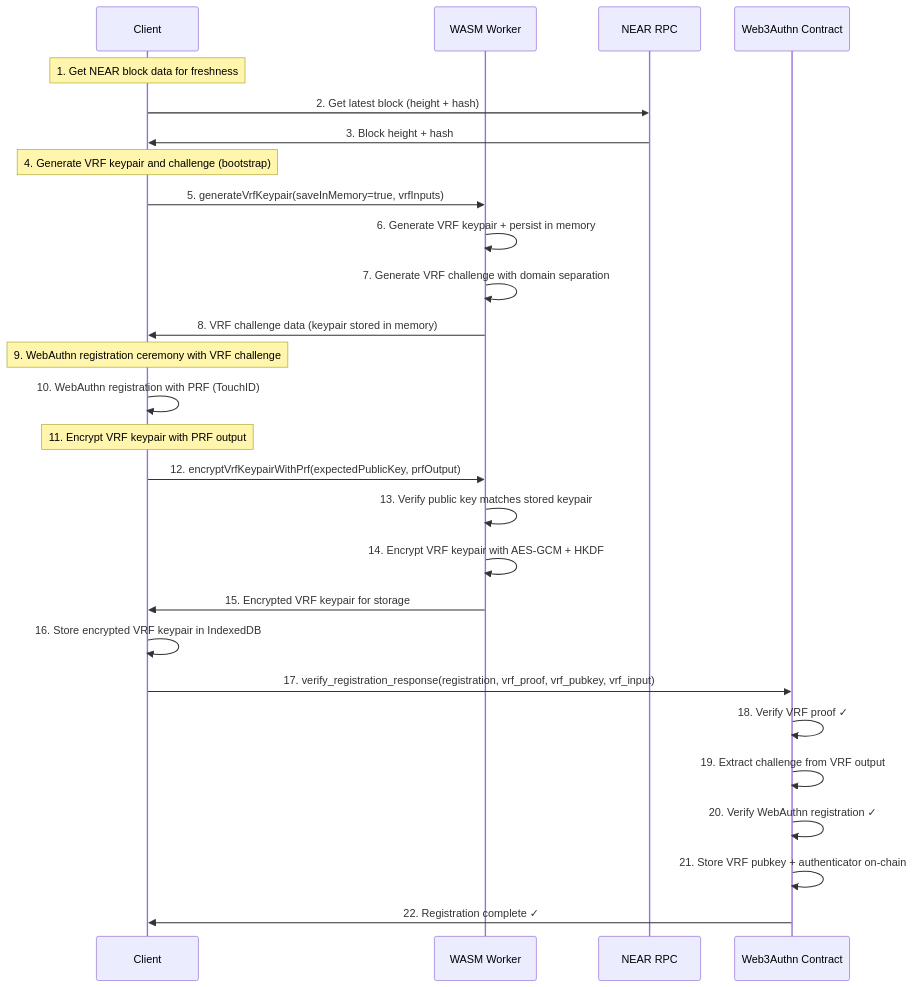
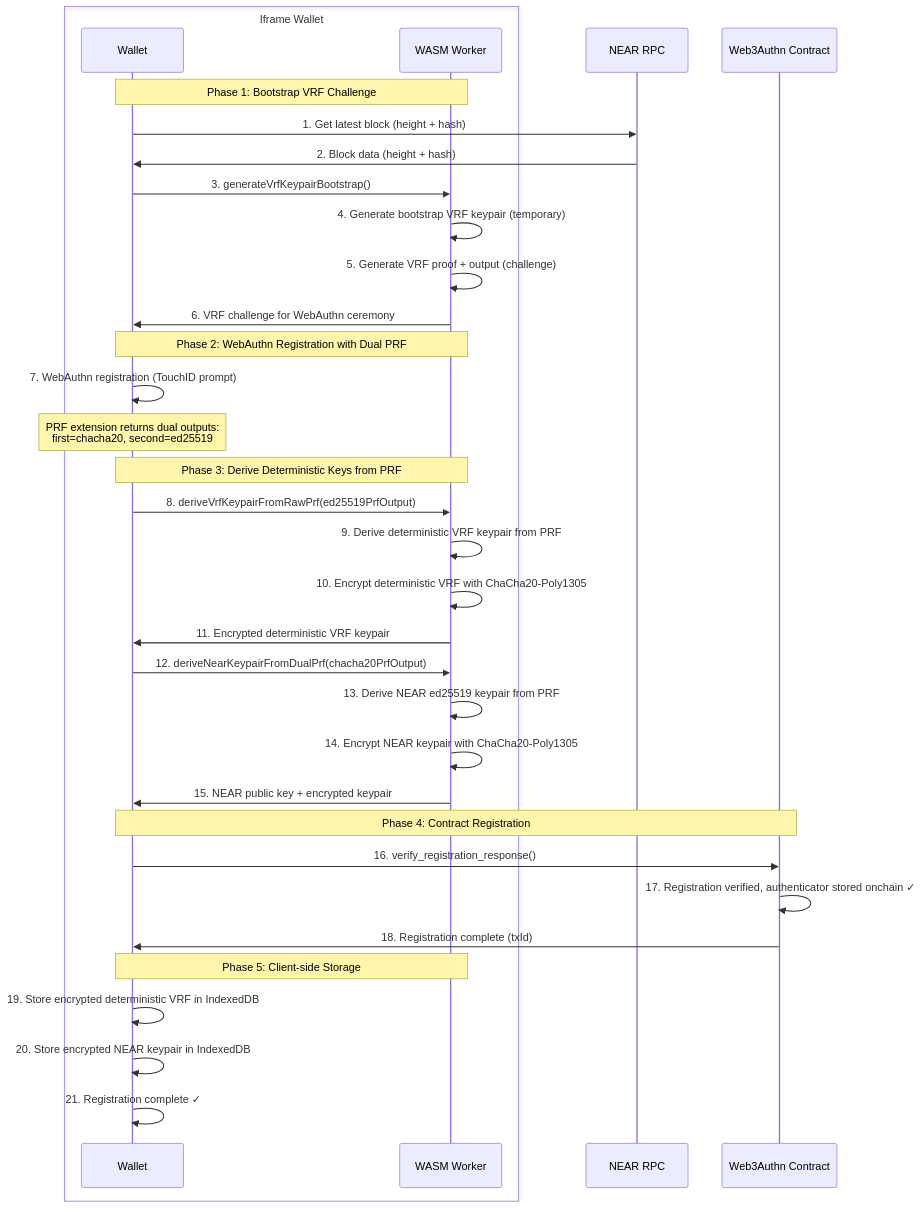
Before and after one commit to web3-authn/tatchi: the diagram in examples/tatchi-docs/src/public/diagrams/contract-registration-flow.mmd, drawn with Mermaid. The commit also changed 46 other files, not shown here.

```diff
--- a/examples/tatchi-docs/src/public/diagrams/contract-registration-flow.mmd
+++ b/examples/tatchi-docs/src/public/diagrams/contract-registration-flow.mmd
@@ -1,28 +1,40 @@
 sequenceDiagram
-    participant Client
-    participant WASM as WASM Worker
+    box Iframe Wallet
+    participant Wallet as Wallet
+    participant Worker as WASM Worker
+    end
     participant NEAR as NEAR RPC
     participant Contract as Web3Authn Contract
 
-    Note over Client: 1. Get NEAR block data for freshness
-    Client->>NEAR: 2. Get latest block (height + hash)
-    NEAR->>Client: 3. Block height + hash
-    Note over Client: 4. Generate VRF keypair and challenge (bootstrap)
-    Client->>WASM: 5. generateVrfKeypair(saveInMemory=true, vrfInputs)
-    WASM->>WASM: 6. Generate VRF keypair + persist in memory
-    WASM->>WASM: 7. Generate VRF challenge with domain separation
-    WASM->>Client: 8. VRF challenge data (keypair stored in memory)
-    Note over Client: 9. WebAuthn registration ceremony with VRF challenge
-    Client->>Client: 10. WebAuthn registration with PRF (TouchID)
-    Note over Client: 11. Encrypt VRF keypair with PRF output
-    Client->>WASM: 12. encryptVrfKeypairWithPrf(expectedPublicKey, prfOutput)
-    WASM->>WASM: 13. Verify public key matches stored keypair
-    WASM->>WASM: 14. Encrypt VRF keypair with AES-GCM + HKDF
-    WASM->>Client: 15. Encrypted VRF keypair for storage
-    Client->>Client: 16. Store encrypted VRF keypair in IndexedDB
-    Client->>Contract: 17. verify_registration_response(registration, vrf_proof, vrf_pubkey, vrf_input)
-    Contract->>Contract: 18. Verify VRF proof ✓
-    Contract->>Contract: 19. Extract challenge from VRF output
-    Contract->>Contract: 20. Verify WebAuthn registration ✓
-    Contract->>Contract: 21. Store VRF pubkey + authenticator on-chain
-    Contract->>Client: 22. Registration complete ✓
+    Note over Wallet,Worker: Phase 1: Bootstrap VRF Challenge
+    Wallet->>NEAR: 1. Get latest block (height + hash)
+    NEAR->>Wallet: 2. Block data (height + hash)
+    Wallet->>Worker: 3. generateVrfKeypairBootstrap()
+    Worker->>Worker: 4. Generate bootstrap VRF keypair (temporary)
+    Worker->>Worker: 5. Generate VRF proof + output (challenge)
+    Worker->>Wallet: 6. VRF challenge for WebAuthn ceremony
+
+    Note over Wallet,Worker: Phase 2: WebAuthn Registration with Dual PRF
+    Wallet->>Wallet: 7. WebAuthn registration (TouchID prompt)
+    Note over Wallet: PRF extension returns dual outputs:<br/>first=chacha20, second=ed25519
+
+    Note over Wallet,Worker: Phase 3: Derive Deterministic Keys from PRF
+    Wallet->>Worker: 8. deriveVrfKeypairFromRawPrf(ed25519PrfOutput)
+    Worker->>Worker: 9. Derive deterministic VRF keypair from PRF
+    Worker->>Worker: 10. Encrypt deterministic VRF with ChaCha20-Poly1305
+    Worker->>Wallet: 11. Encrypted deterministic VRF keypair
+
+    Wallet->>Worker: 12. deriveNearKeypairFromDualPrf(chacha20PrfOutput)
+    Worker->>Worker: 13. Derive NEAR ed25519 keypair from PRF
+    Worker->>Worker: 14. Encrypt NEAR keypair with ChaCha20-Poly1305
+    Worker->>Wallet: 15. NEAR public key + encrypted keypair
+
+    Note over Wallet,Contract: Phase 4: Contract Registration
+    Wallet->>Contract: 16. verify_registration_response()
+    Contract->>Contract: 17. Registration verified, authenticator stored onchain ✓
+    Contract->>Wallet: 18. Registration complete (txId)
+
+    Note over Wallet,Worker: Phase 5: Client-side Storage
+    Wallet->>Wallet: 19. Store encrypted deterministic VRF in IndexedDB
+    Wallet->>Wallet: 20. Store encrypted NEAR keypair in IndexedDB
+    Wallet->>Wallet: 21. Registration complete ✓
```
